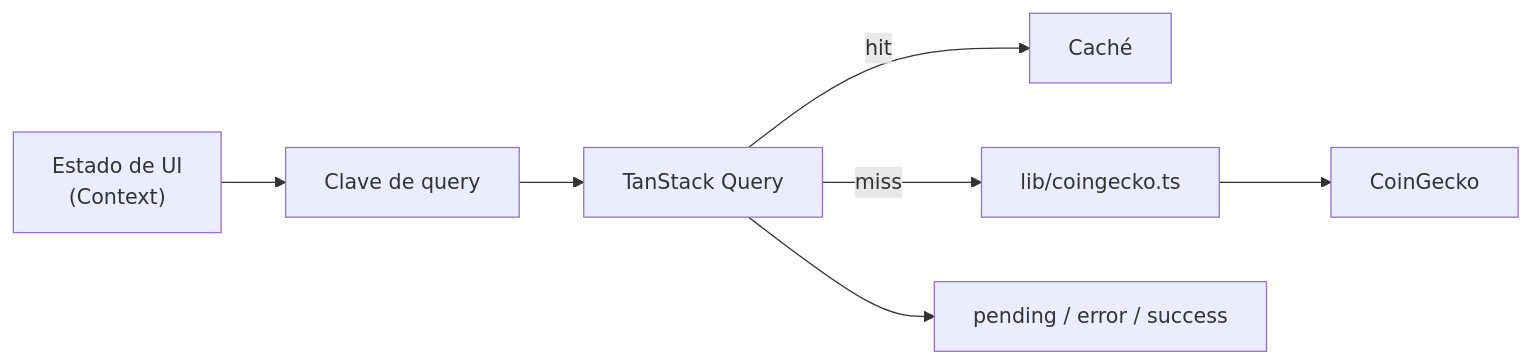
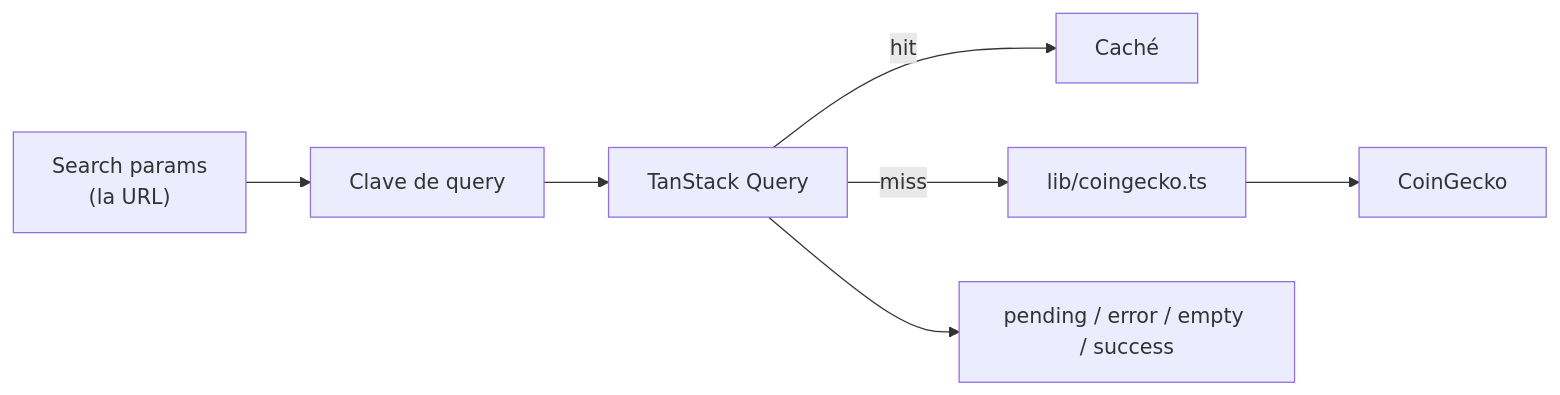
The first of 2 diagrams in ARCHITECTURE.md (carlosAndress101/Crypto-Coin), drawn with Mermaid before and after one commit. The commit also changed other lines of this file and 7 other files, not shown here.

````diff
--- a/ARCHITECTURE.md
+++ b/ARCHITECTURE.md
@@ -59,9 +54,9 @@
 ```mermaid
 graph LR
-    UI["Estado de UI<br/>(Context)"] --> K["Clave de query"]
+    U["Search params<br/>(la URL)"] --> K["Clave de query"]
     K --> Q["TanStack Query"]
     Q -->|hit| CA["Caché"]
     Q -->|miss| CL["lib/coingecko.ts"]
     CL --> API["CoinGecko"]
-    Q --> S["pending / error / success"]
+    Q --> S["pending / error / empty / success"]
 ```
````
